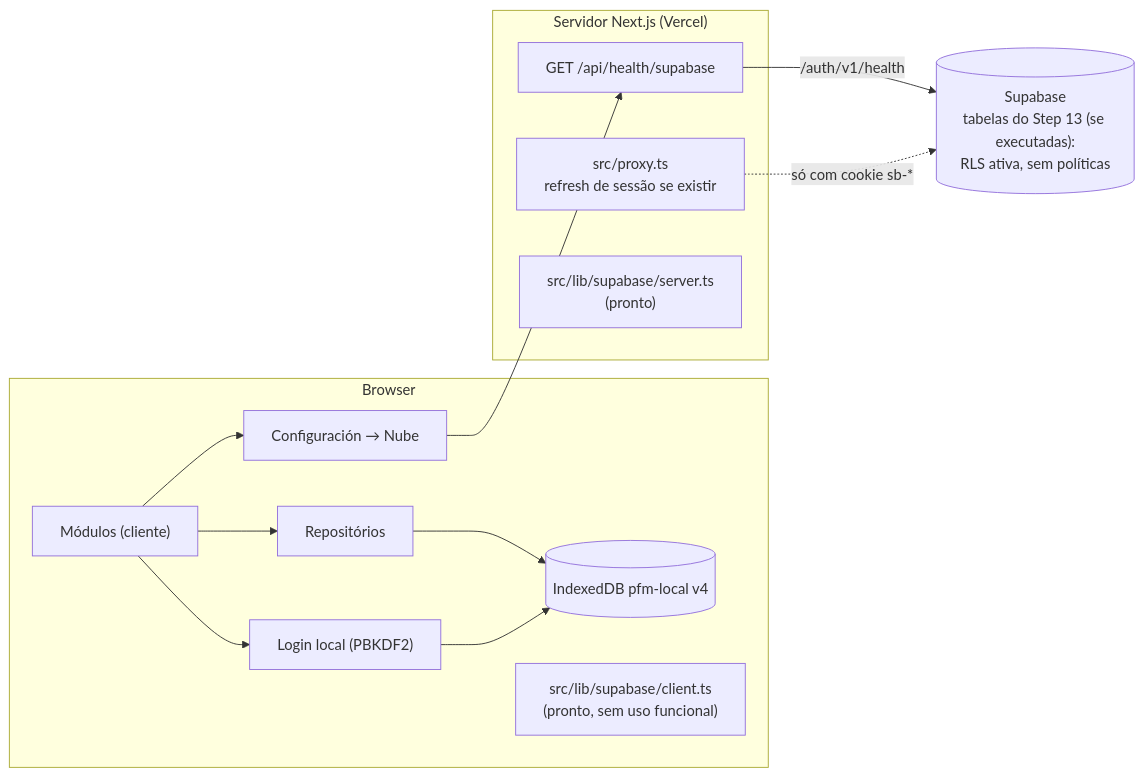
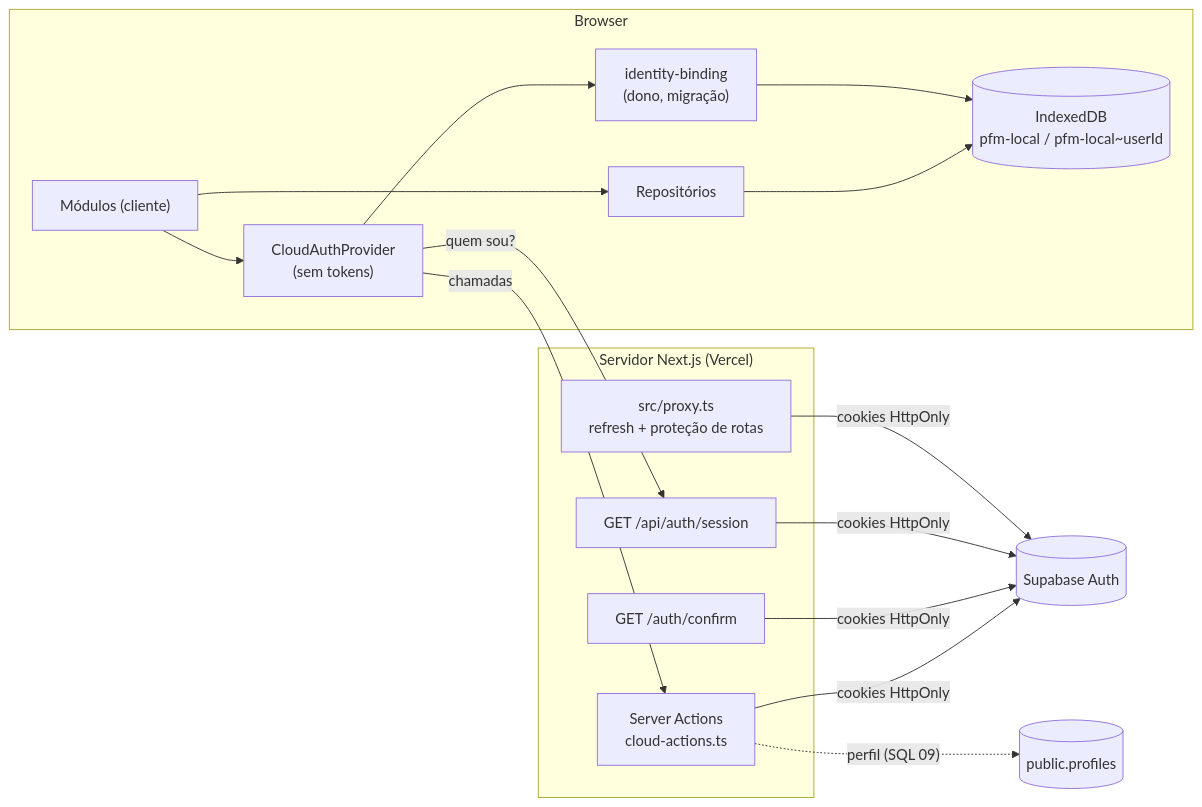
Before and after one commit to gesualdiafonso/personal-finance-manager: the diagram in docs/ARCHITECTURE.md, drawn with Mermaid. The commit also changed other lines of this file and 63 other files, not shown here.

````diff
--- a/docs/ARCHITECTURE.md
+++ b/docs/ARCHITECTURE.md
@@ -29,16 +30,18 @@
 ```mermaid
 flowchart LR
   subgraph Browser
-    UI["Módulos (cliente)"] --> Repo["Repositórios"] --> IDB[("IndexedDB pfm-local v4")]
-    UI --> LocalAuth["Login local (PBKDF2)"] --> IDB
-    UI --> Cloud["Configuración → Nube"]
-    SB["src/lib/supabase/client.ts<br/>(pronto, sem uso funcional)"]
+    UI["Módulos (cliente)"] --> Repo["Repositórios"] --> IDB[("IndexedDB<br/>pfm-local / pfm-local~userId")]
+    UI --> Prov["CloudAuthProvider<br/>(sem tokens)"]
+    Prov --> Bind["identity-binding<br/>(dono, migração)"] --> IDB
   end
   subgraph Next["Servidor Next.js (Vercel)"]
-    Proxy["src/proxy.ts<br/>refresh de sessão se existir"]
-    Health["GET /api/health/supabase"]
-    Server["src/lib/supabase/server.ts<br/>(pronto)"]
+    Proxy["src/proxy.ts<br/>refresh + proteção de rotas"]
+    Actions["Server Actions<br/>cloud-actions.ts"]
+    Confirm["GET /auth/confirm"]
+    Session["GET /api/auth/session"]
   end
-  Cloud --> Health -->|"/auth/v1/health"| Supa[("Supabase<br/>tabelas do Step 13 (se executadas):<br/>RLS ativa, sem políticas")]
-  Proxy -.->|"só com cookie sb-*"| Supa
+  Prov -->|"chamadas"| Actions
+  Prov -->|"quem sou?"| Session
+  Actions & Confirm & Session & Proxy -->|"cookies HttpOnly"| Auth[("Supabase Auth")]
+  Actions -.->|"perfil (SQL 09)"| Supa[("public.profiles")]
 ```
````
